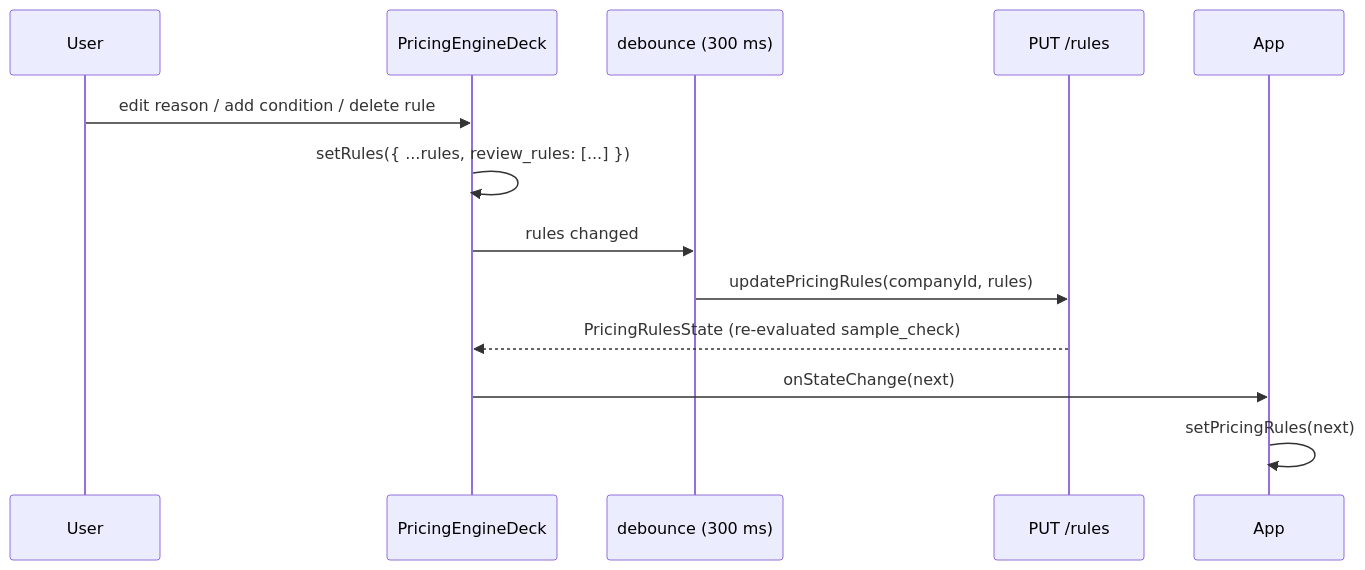
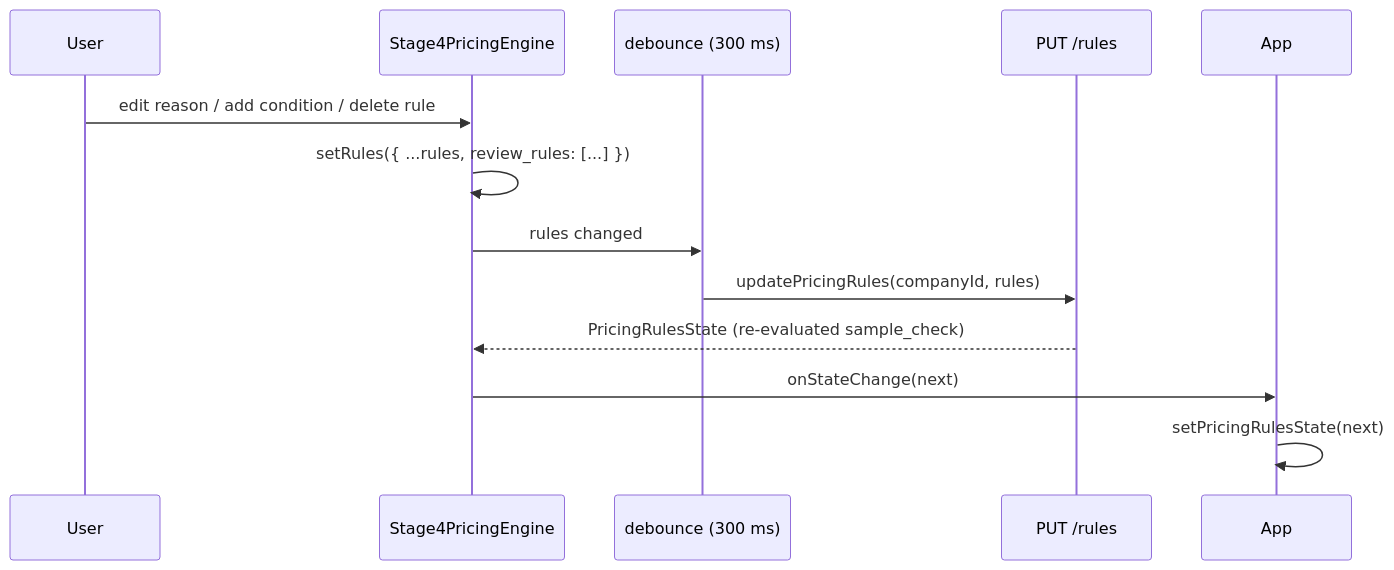
The diagram in docs/features/review-rules.md (techiemaya-admin/lad-feature-auto-proposal), drawn with Mermaid before and after one commit. The commit also changed other lines of this file and 7 other files, not shown here.

First line of the commit message:
chore(frontend): delete dead pricing deck and receipt components

````diff
--- a/docs/features/review-rules.md
+++ b/docs/features/review-rules.md
@@ -61,16 +61,16 @@
 ```mermaid
 sequenceDiagram
     participant User
-    participant PricingEngineDeck
+    participant Stage4PricingEngine
     participant debounce as debounce (300 ms)
     participant API as PUT /rules
     participant App
 
-    User->>PricingEngineDeck: edit reason / add condition / delete rule
-    PricingEngineDeck->>PricingEngineDeck: setRules({ ...rules, review_rules: [...] })
-    PricingEngineDeck->>debounce: rules changed
+    User->>Stage4PricingEngine: edit reason / add condition / delete rule
+    Stage4PricingEngine->>Stage4PricingEngine: setRules({ ...rules, review_rules: [...] })
+    Stage4PricingEngine->>debounce: rules changed
     debounce->>API: updatePricingRules(companyId, rules)
-    API-->>PricingEngineDeck: PricingRulesState (re-evaluated sample_check)
-    PricingEngineDeck->>App: onStateChange(next)
-    App->>App: setPricingRules(next)
+    API-->>Stage4PricingEngine: PricingRulesState (re-evaluated sample_check)
+    Stage4PricingEngine->>App: onStateChange(next)
+    App->>App: setPricingRulesState(next)
 ```
````
